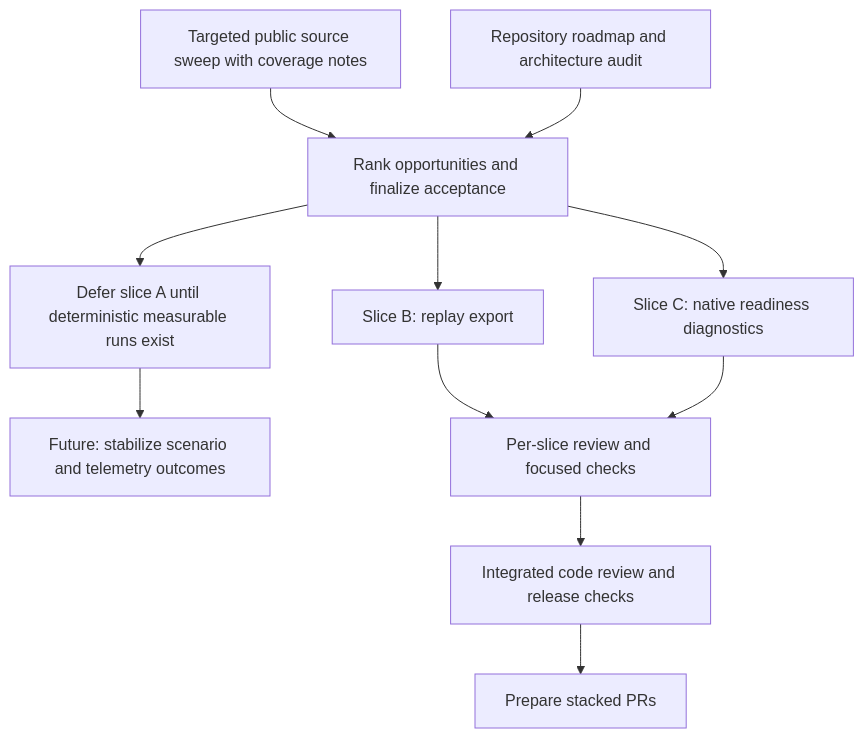
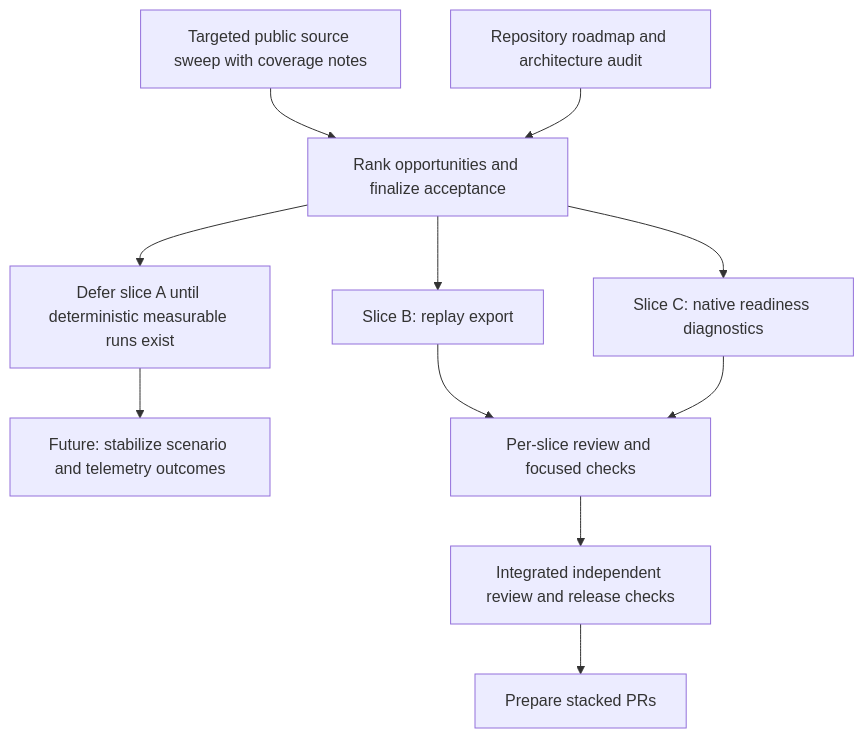
Before and after one commit to SYMBaiEX/OpenController: the diagram in docs/roadmap/ai-gaming-opportunities.md, drawn with Mermaid. The commit also changed other lines of this file, not shown here.

Commit message:
docs: record integrated review and validation

````diff
--- a/docs/roadmap/ai-gaming-opportunities.md
+++ b/docs/roadmap/ai-gaming-opportunities.md
@@ -138,13 +161,13 @@
 ```mermaid
 flowchart TD
   A[Targeted public source sweep with coverage notes] --> C[Rank opportunities and finalize acceptance]
   B[Repository roadmap and architecture audit] --> C
   C --> D[Slice B: replay export]
   C --> E[Slice C: native readiness diagnostics]
   C --> F[Defer slice A until deterministic measurable runs exist]
   F --> G[Future: stabilize scenario and telemetry outcomes]
   D --> H[Per-slice review and focused checks]
   E --> H
-  H --> I[Integrated code review and release checks]
+  H --> I[Integrated independent review and release checks]
   I --> J[Prepare stacked PRs]
 ```
````
